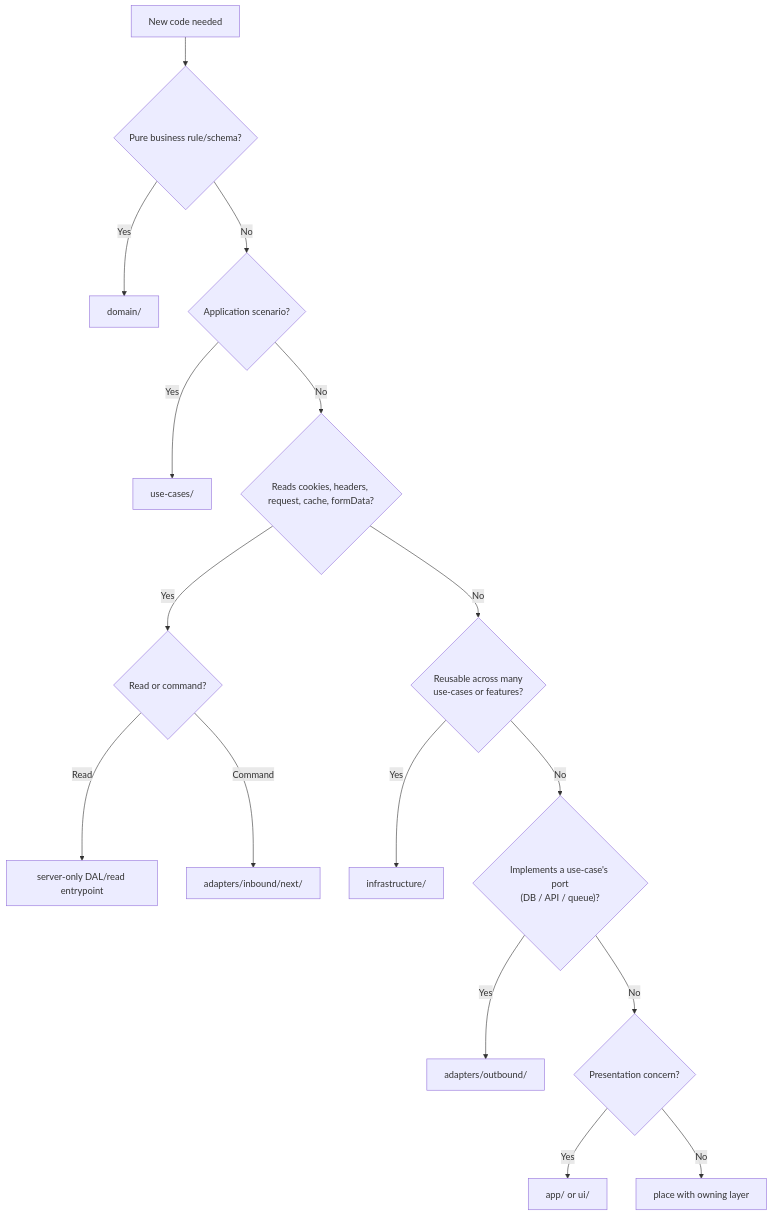
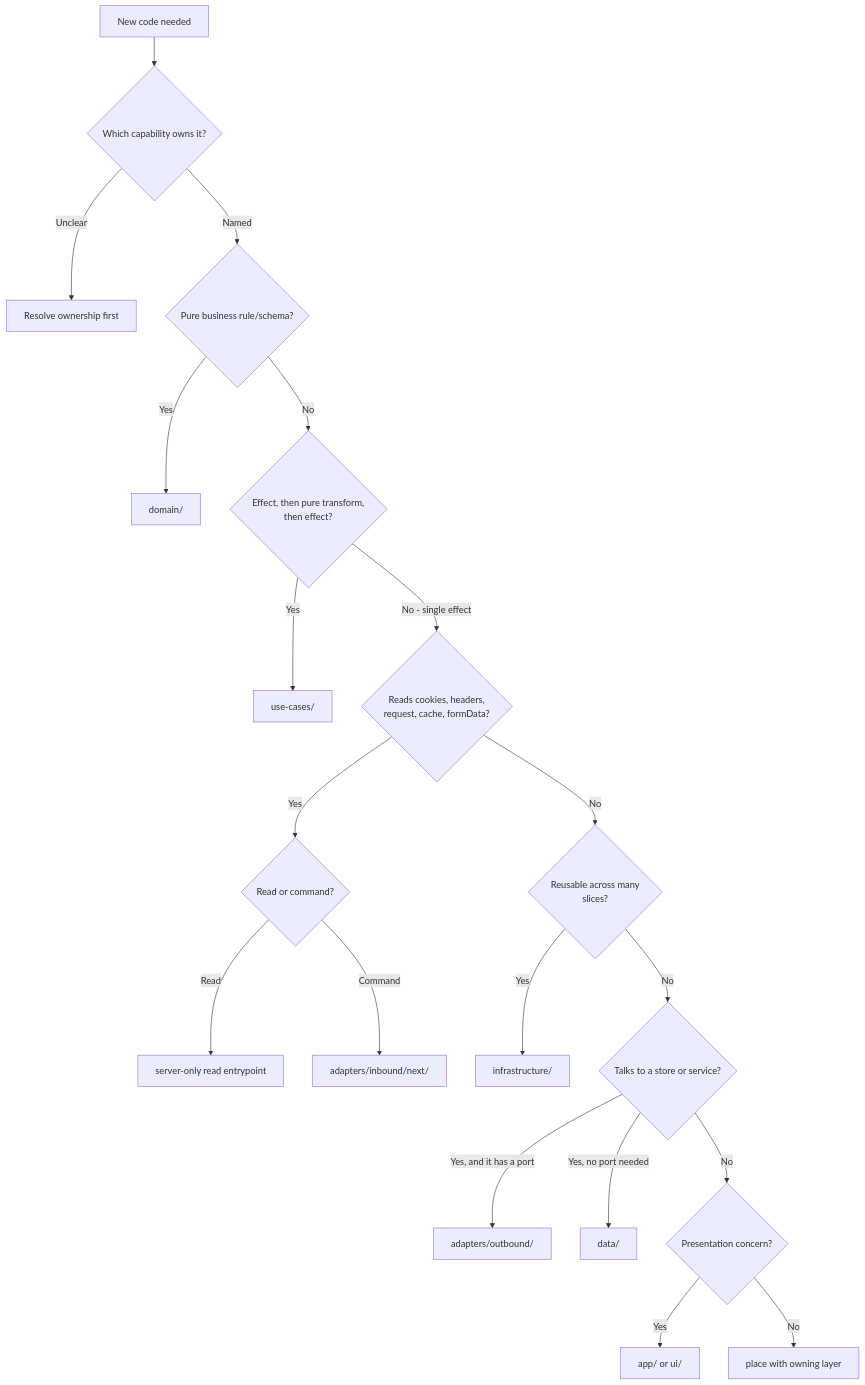
The third of 5 diagrams in docs/agent-decision-maps.md (clicktronix/nextjs-clean-skills), drawn with Mermaid before and after one commit. The commit also changed other lines of this file and 68 other files, not shown here.

````diff
--- a/docs/agent-decision-maps.md
+++ b/docs/agent-decision-maps.md
@@ -28,18 +50,21 @@
 ```mermaid
 flowchart TD
-  Need["New code needed"] --> Pure{"Pure business rule/schema?"}
+  Need["New code needed"] --> Owner{"Which capability owns it?"}
+  Owner -->|Unclear| Stop["Resolve ownership first"]
+  Owner -->|Named| Pure{"Pure business rule/schema?"}
   Pure -->|Yes| Domain["domain/"]
-  Pure -->|No| Scenario{"Application scenario?"}
-  Scenario -->|Yes| UseCase["use-cases/"]
-  Scenario -->|No| Framework{"Reads cookies, headers, request, cache, formData?"}
-  Framework -->|Yes| InboundOrDAL{"Read or command?"}
-  InboundOrDAL -->|Read| DAL["server-only DAL/read entrypoint"]
-  InboundOrDAL -->|Command| Inbound["adapters/inbound/next/"]
-  Framework -->|No| Reusable{"Reusable across many\nuse-cases or features?"}
+  Pure -->|No| Sandwich{"Effect, then pure transform,\nthen effect?"}
+  Sandwich -->|Yes| UseCase["use-cases/"]
+  Sandwich -->|"No - single effect"| Framework{"Reads cookies, headers,\nrequest, cache, formData?"}
+  Framework -->|Yes| InboundOrRead{"Read or command?"}
+  InboundOrRead -->|Read| ReadEntry["server-only read entrypoint"]
+  InboundOrRead -->|Command| Inbound["adapters/inbound/next/"]
+  Framework -->|No| Reusable{"Reusable across many\nslices?"}
   Reusable -->|Yes| Infra["infrastructure/"]
-  Reusable -->|No| Persistence{"Implements a use-case's port\n(DB / API / queue)?"}
-  Persistence -->|Yes| Outbound["adapters/outbound/"]
+  Reusable -->|No| Persistence{"Talks to a store or service?"}
+  Persistence -->|"Yes, and it has a port"| Outbound["adapters/outbound/"]
+  Persistence -->|"Yes, no port needed"| Data["data/"]
   Persistence -->|No| Presentation{"Presentation concern?"}
   Presentation -->|Yes| UI["app/ or ui/"]
-  Presentation -->|No| Owner["place with owning layer"]
+  Presentation -->|No| Place["place with owning layer"]
 ```
````
